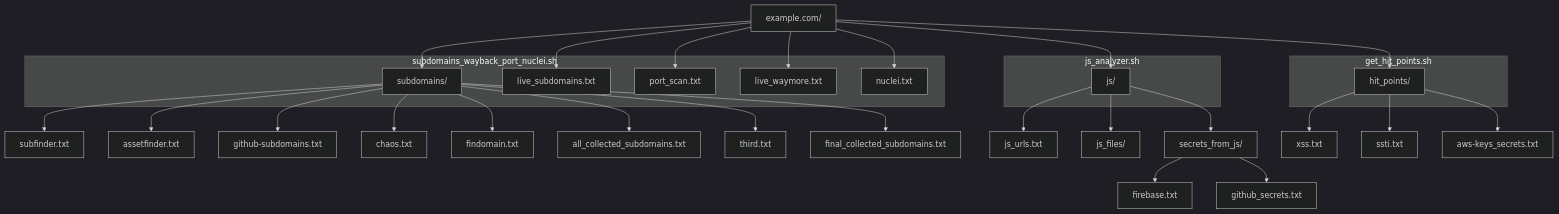
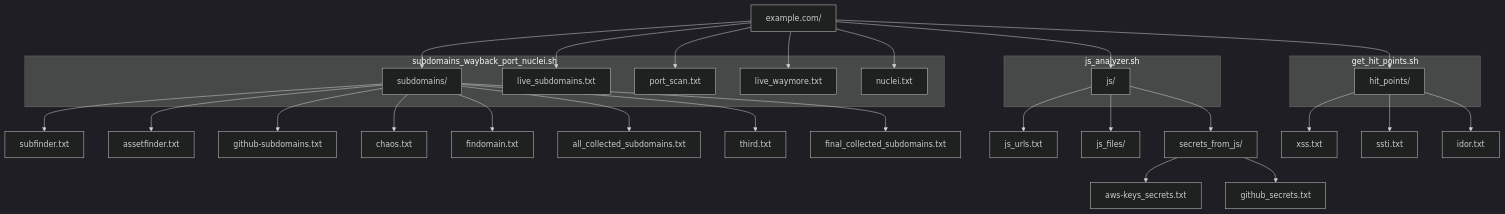
Before and after one commit to Elmasreykhaled/3lmasr3yCon: the diagram in README.markdown, drawn with Mermaid (dark theme). The commit also changed other lines of this file, not shown here.

````diff
--- a/README.markdown
+++ b/README.markdown
@@ -70,39 +70,39 @@
 ```mermaid
 graph TD;
     A[example.com/] --> B[subdomains/];
     A --> C[live_subdomains.txt];
     A --> D[port_scan.txt];
     A --> E[live_waymore.txt];
     A --> F[nuclei.txt];
     A --> G[js/];
     A --> H[hit_points/];
     B --> B1[subfinder.txt];
     B --> B2[assetfinder.txt];
     B --> B3[github-subdomains.txt];
     B --> B4[chaos.txt];
     B --> B5[findomain.txt];
     B --> B6[all_collected_subdomains.txt];
     B --> B7[third.txt];
     B --> B8[final_collected_subdomains.txt];
     G --> G1[js_urls.txt];
     G --> G2[js_files/];
     G --> G3[secrets_from_js/];
-    G3 --> G3a[firebase.txt];
+    G3 --> G3a[aws-keys_secrets.txt];
     G3 --> G3b[github_secrets.txt];
     H --> H1[xss.txt];
     H --> H2[ssti.txt];
-    H --> H3[aws-keys_secrets.txt];
+    H --> H3[idor.txt];
     subgraph subdomains_wayback_port_nuclei.sh
         B
         C
         D
         E
         F
     end
     subgraph js_analyzer.sh
         G
     end
     subgraph get_hit_points.sh
         H
     end
 ```
````
